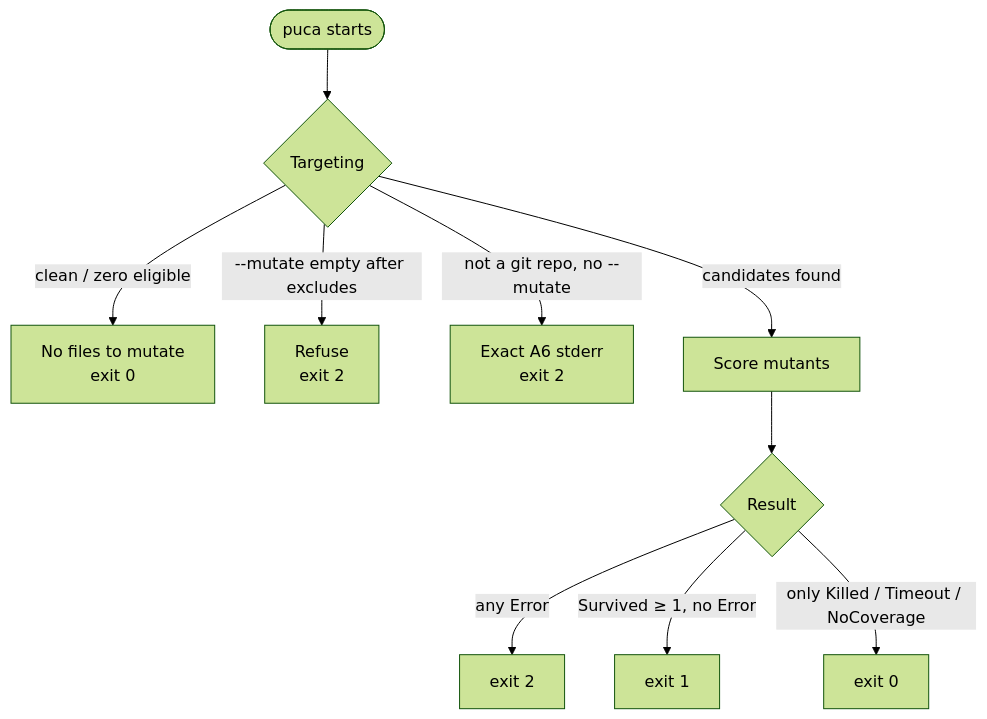
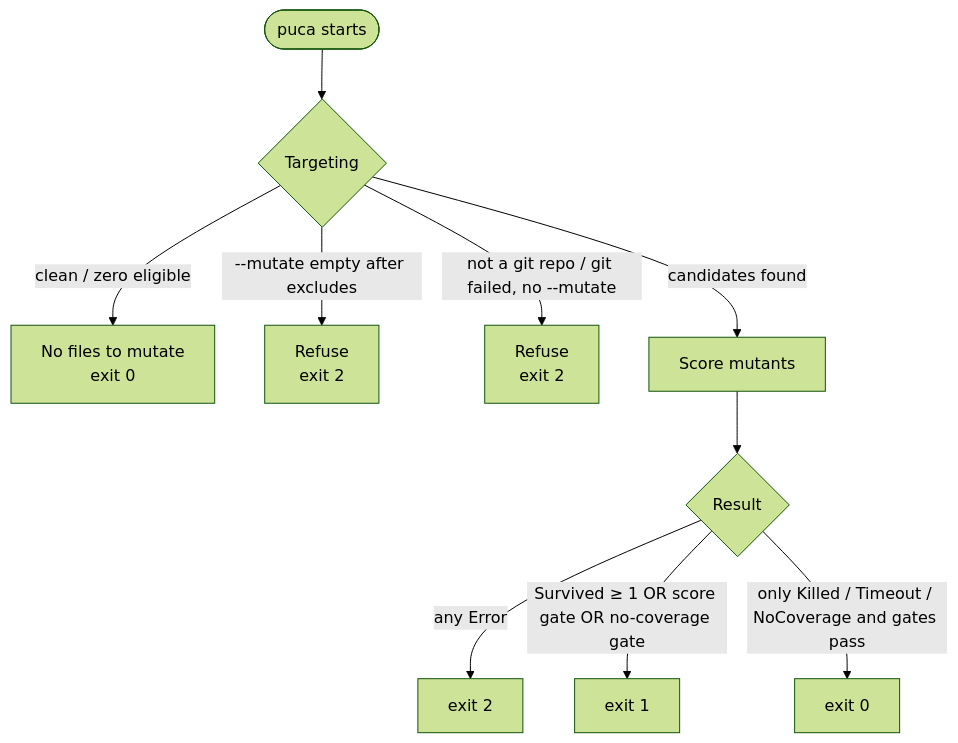
One commit to RexySaragih/puca changed the second of 3 diagrams in README.md. Above: the diagram before and after it, drawn with Mermaid (forest theme). The commit also changed other lines of this file and 26 other files, not shown here.

````diff
--- a/README.md
+++ b/README.md
@@ -210,12 +210,12 @@
 ```mermaid
 flowchart TD
   Start([puca starts]) --> Target{Targeting}
   Target -->|"clean / zero eligible"| Idle["No files to mutate<br/>exit 0"]
   Target -->|"--mutate empty after excludes"| RefuseMutate["Refuse<br/>exit 2"]
-  Target -->|"not a git repo, no --mutate"| RefuseGit["Exact A6 stderr<br/>exit 2"]
+  Target -->|"not a git repo / git failed, no --mutate"| RefuseGit["Refuse<br/>exit 2"]
   Target -->|candidates found| Run[Score mutants]
   Run --> Score{Result}
   Score -->|any Error| E2[exit 2]
-  Score -->|Survived ≥ 1, no Error| E1[exit 1]
-  Score -->|only Killed / Timeout / NoCoverage| E0[exit 0]
+  Score -->|"Survived ≥ 1 OR score gate OR no-coverage gate"| E1[exit 1]
+  Score -->|only Killed / Timeout / NoCoverage and gates pass| E0[exit 0]
 ```
````
